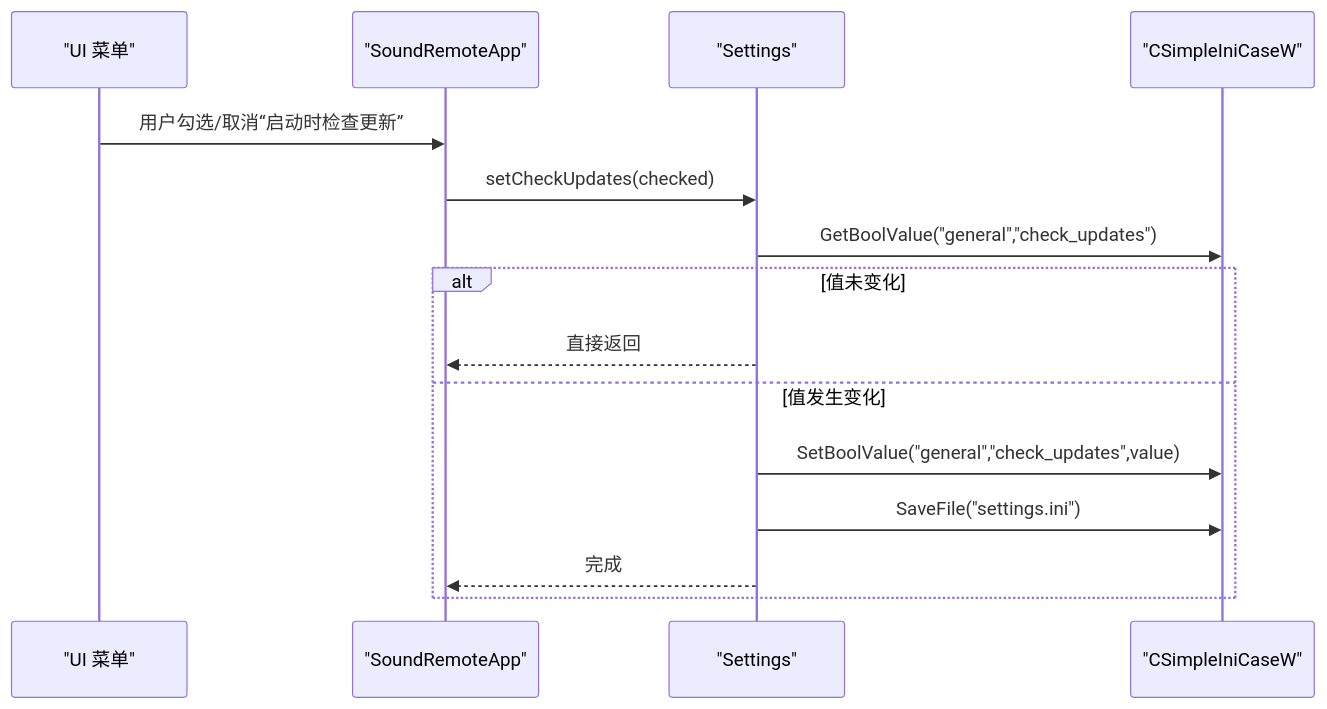
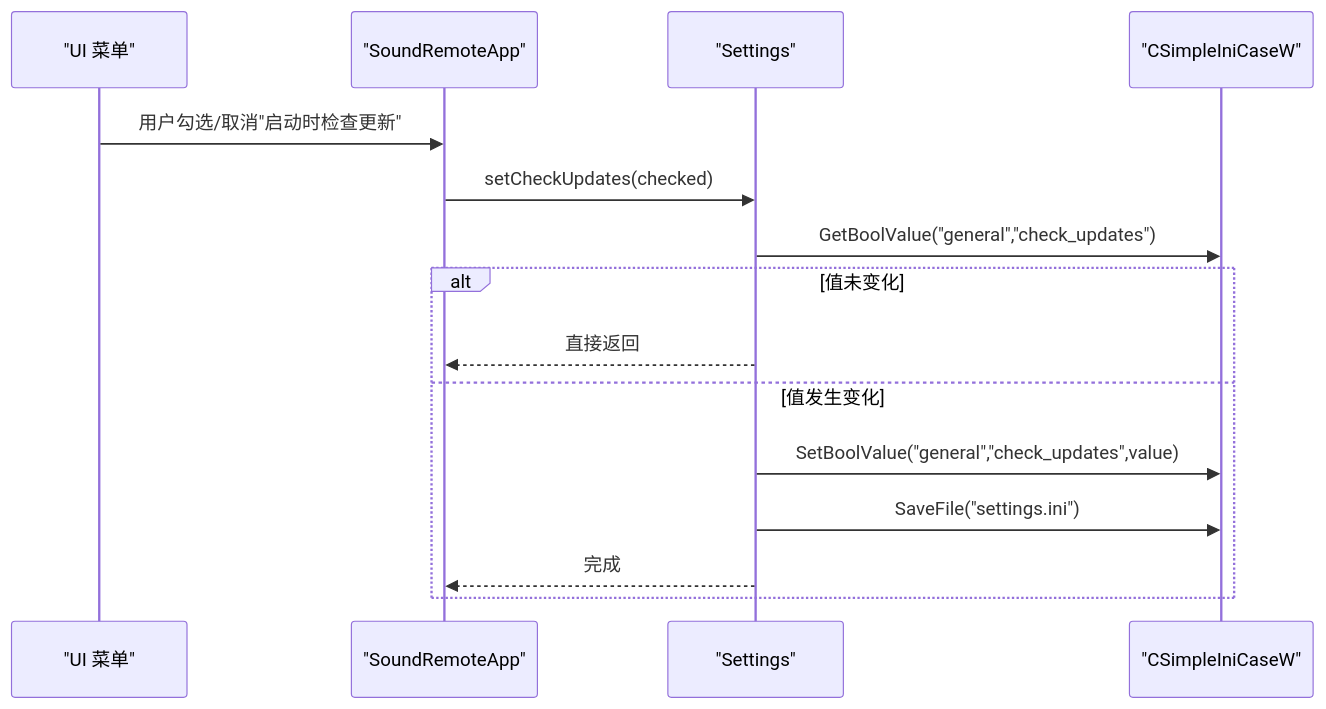
The sixth of 7 diagrams in .qoder/repowiki/zh/content/配置管理.md (tea4go/SoundRemote-WinServer), drawn with Mermaid before and after one commit. The commit also changed other lines of this file and 11 other files, not shown here.

````diff
--- a/.qoder/repowiki/zh/content/配置管理.md
+++ b/.qoder/repowiki/zh/content/配置管理.md
@@ -238,17 +291,17 @@
 ```mermaid
 sequenceDiagram
 participant UI as "UI 菜单"
 participant App as "SoundRemoteApp"
 participant S as "Settings"
 participant SI as "CSimpleIniCaseW"
-UI->>App : 用户勾选/取消“启动时检查更新”
+UI->>App : 用户勾选/取消"启动时检查更新"
 App->>S : setCheckUpdates(checked)
 S->>SI : GetBoolValue("general","check_updates")
 alt 值未变化
 S-->>App : 直接返回
 else 值发生变化
 S->>SI : SetBoolValue("general","check_updates",value)
 S->>SI : SaveFile("settings.ini")
 S-->>App : 完成
 end
 ```
````
